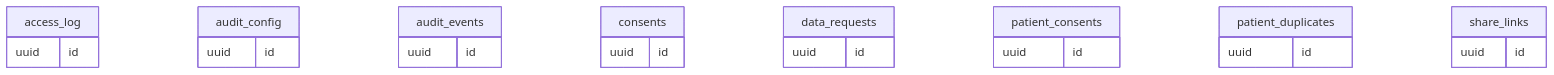
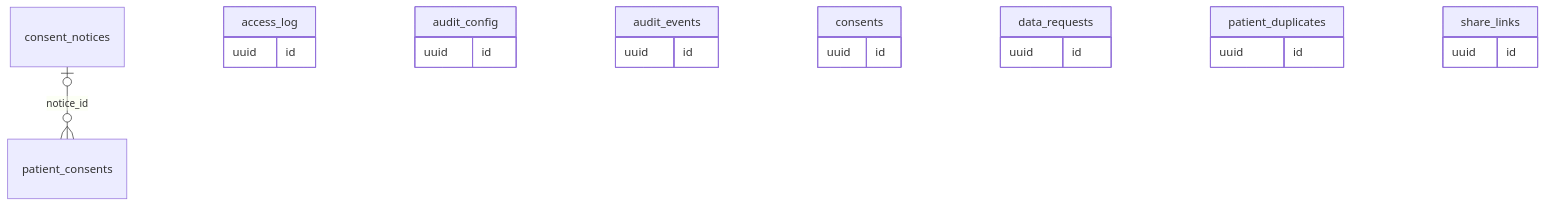
One commit to sakalyatechnologies/aarogyam changed diagram 12 of 13 in docs/database.md. Above: the diagram before and after it, drawn with Mermaid. The commit also changed other lines of this file and 31 other files, not shown here.

First line of the commit message:
feat(consents): clinic-authored notice text with versions

````diff
--- a/docs/database.md
+++ b/docs/database.md
@@ -2544,27 +2544,25 @@
 ```mermaid
 erDiagram
+  consent_notices |o--o{ patient_consents : "notice_id"
   access_log {
     uuid id
   }
   audit_config {
     uuid id
   }
   audit_events {
     uuid id
   }
   consents {
     uuid id
   }
   data_requests {
     uuid id
   }
-  patient_consents {
-    uuid id
-  }
   patient_duplicates {
     uuid id
   }
   share_links {
     uuid id
   }
 ```
````
